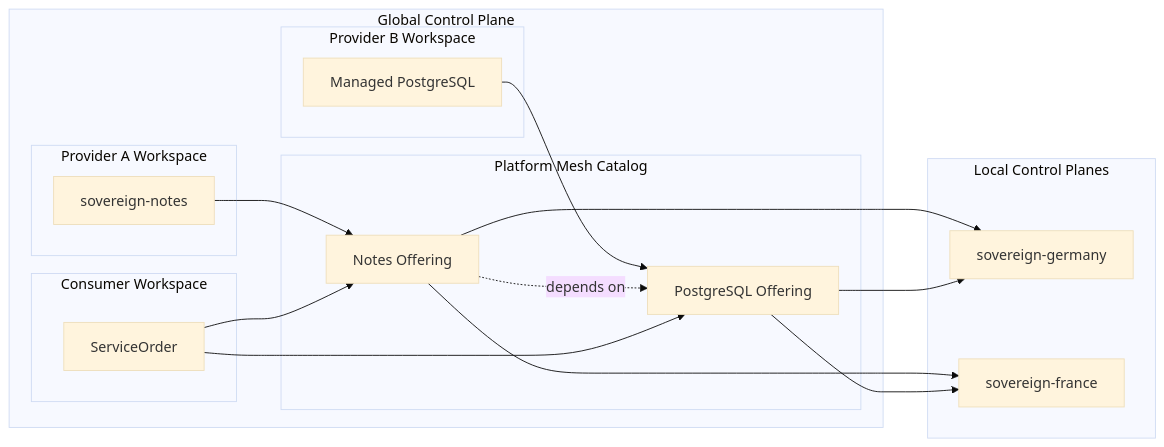
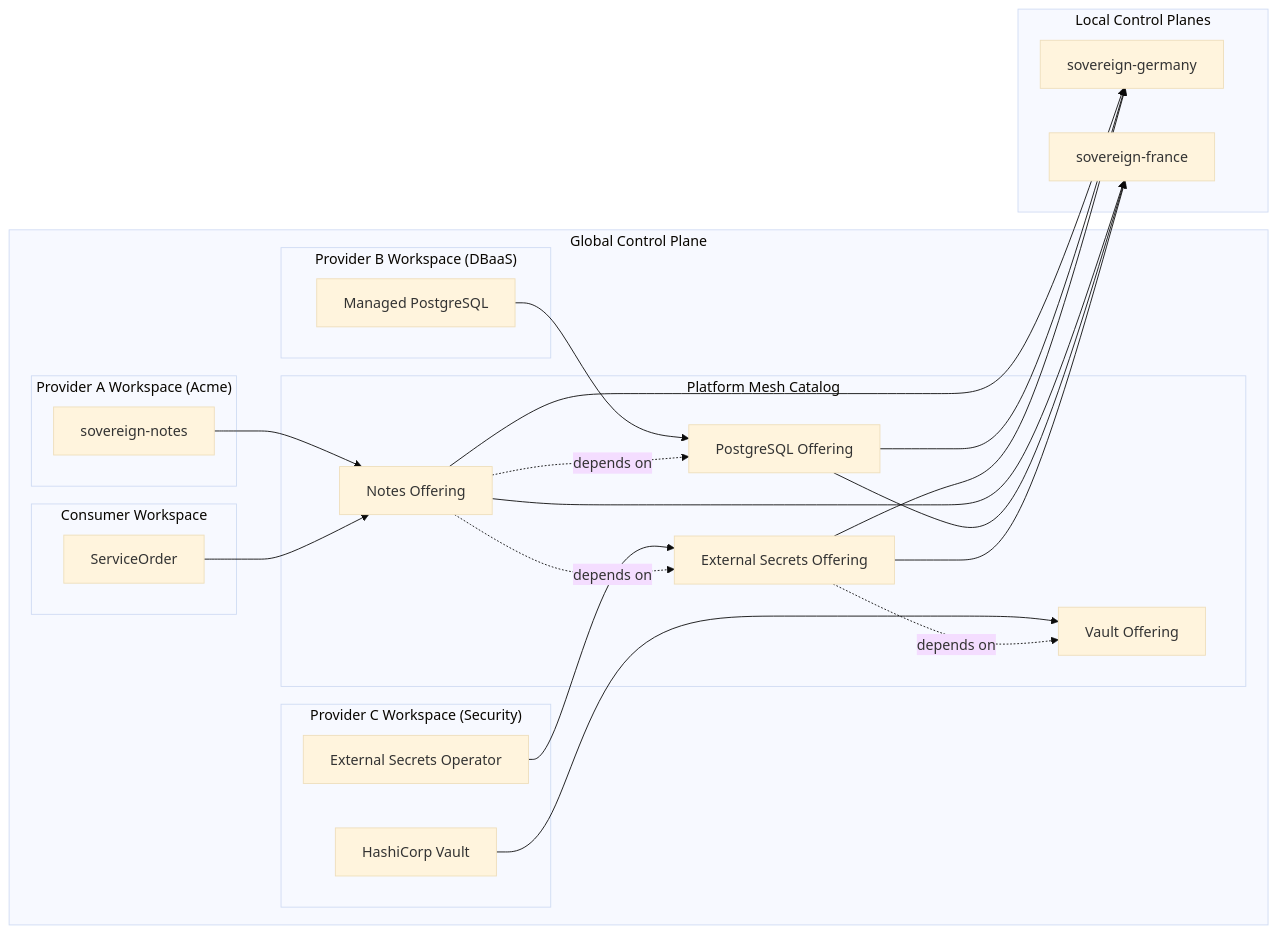
One commit to open-component-model/open-component-model changed diagram 15 of 17 in docs/adr/0013_sovereign_cloud_reference_scenario.md. Above: the diagram before and after it, drawn with Mermaid (base theme). The commit also changed other lines of this file, not shown here.

Commit message:
docs: Extend ADR-0013 with External Secrets Operator integration, dependency resolution updates, and secure secret management details

````diff
--- a/docs/adr/0013_sovereign_cloud_reference_scenario.md
+++ b/docs/adr/0013_sovereign_cloud_reference_scenario.md
@@ -3303,37 +3498,51 @@
 ```mermaid
 flowchart LR
     subgraph global["Global Control Plane"]
-        subgraph provider1["Provider A Workspace"]
+        subgraph provider1["Provider A Workspace (Acme)"]
             notes[sovereign-notes]
         end
 
-        subgraph provider2["Provider B Workspace"]
+        subgraph provider2["Provider B Workspace (DBaaS)"]
             postgres[Managed PostgreSQL]
+        end
+
+        subgraph provider3["Provider C Workspace (Security)"]
+            eso[External Secrets Operator]
+            vault[HashiCorp Vault]
         end
 
         subgraph mesh["Platform Mesh Catalog"]
             cat_notes[Notes Offering]
             cat_pg[PostgreSQL Offering]
+            cat_eso[External Secrets Offering]
+            cat_vault[Vault Offering]
         end
 
         subgraph consumer["Consumer Workspace"]
             order[ServiceOrder]
         end
     end
 
     notes --> cat_notes
     postgres --> cat_pg
+    eso --> cat_eso
+    vault --> cat_vault
+
     cat_notes -.->|depends on| cat_pg
+    cat_notes -.->|depends on| cat_eso
+    cat_eso -.->|depends on| cat_vault
+
     order --> cat_notes
-    order --> cat_pg
 
     subgraph local["Local Control Planes"]
         local1[sovereign-germany]
         local2[sovereign-france]
     end
 
     cat_notes --> local1
     cat_notes --> local2
     cat_pg --> local1
     cat_pg --> local2
+    cat_eso --> local1
+    cat_eso --> local2
 ```
````
